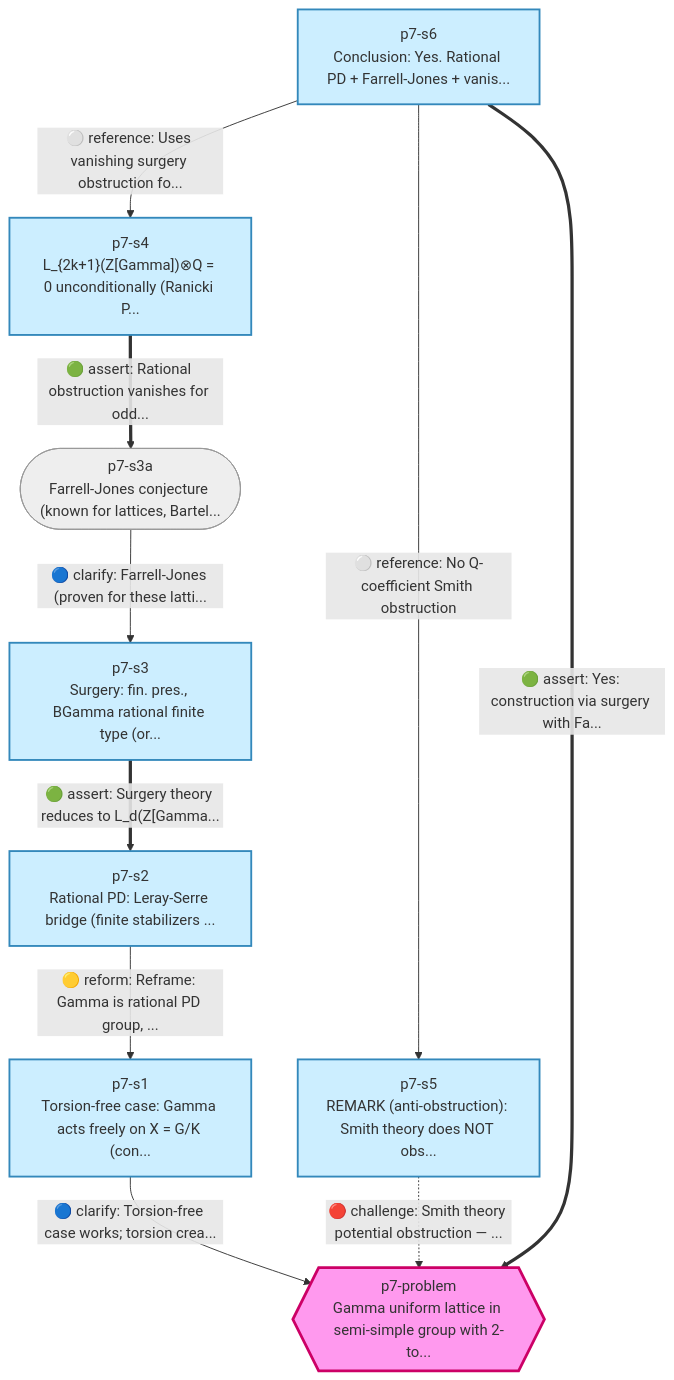
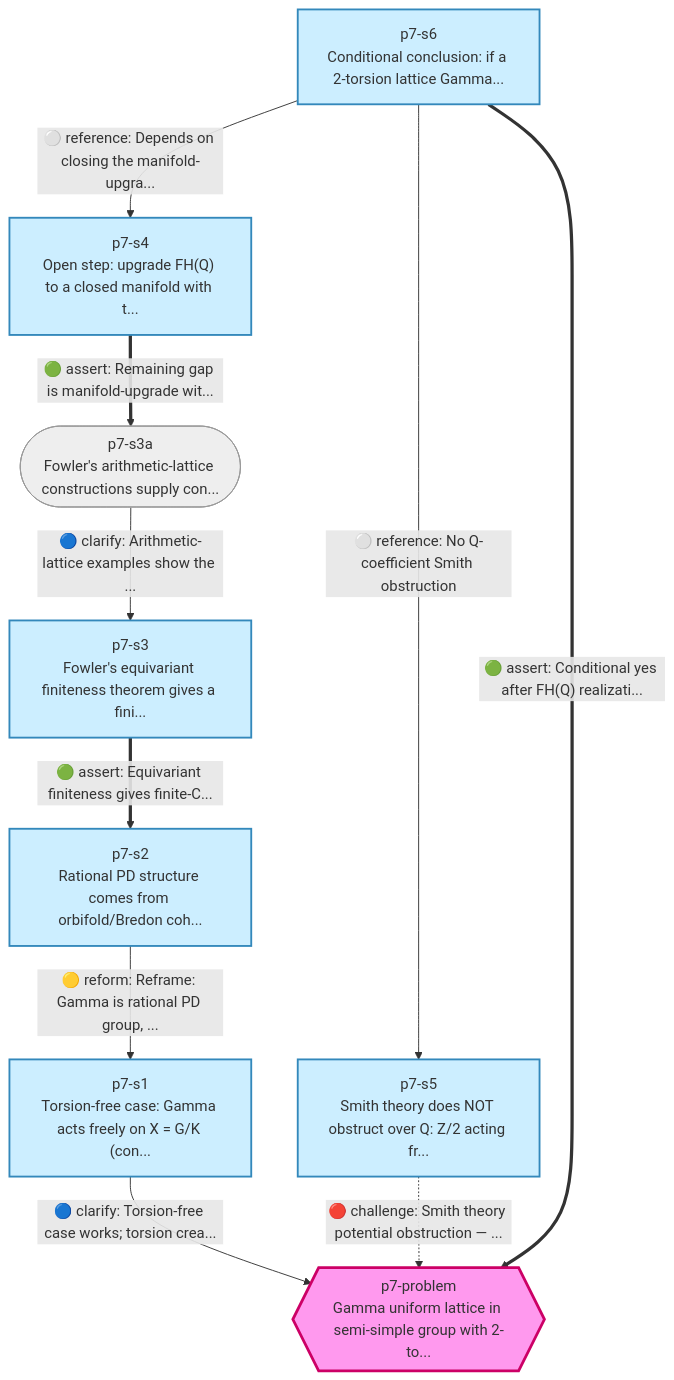
The diagram in data/first-proof/problem7-v2.mmd (tothedarktowercame/futon6), drawn with Mermaid before and after one commit. The commit also changed 5 other files, not shown here.

Commit message:
P7: tighten to conditional FH(Q)-to-manifold framing and sync tooling

```diff
--- a/data/first-proof/problem7-v2.mmd
+++ b/data/first-proof/problem7-v2.mmd
@@ -1,40 +1,35 @@
 flowchart TD
-    %% first-proof-p7 v2 — post-reviewer fixes
-    %% Changes from v1: p7-s2 now includes Leray-Serre bridge theorem
-    %% (Bredon PD → group cohomology PD via rationalization of finite stabilizers),
-    %% p7-s3 (Thom-Pontryagin for normal map, orbifold CW structure),
-    %% p7-s4 (unconditional odd-dim vanishing L_{odd}⊗Q=0, no AHSS needed),
-    %% p7-s5 (remark label). No structural changes.
+    %% first-proof-p7
 
     %% Edge type legend:
     %% assert=solid thick  challenge=dashed red  reform=solid yellow
     %% clarify=solid blue  exemplify=dashed purple  reference=solid gray
 
     %% Nodes
     p7-problem{{"p7-problem<br/>Gamma uniform lattice in semi-simple group with 2-to..."}}
     p7-s1["p7-s1<br/>Torsion-free case: Gamma acts freely on X = G/K (con..."]
-    p7-s2["p7-s2<br/>Rational PD: Leray-Serre bridge (finite stabilizers ..."]
-    p7-s3["p7-s3<br/>Surgery: fin. pres., BGamma rational finite type (or..."]
-    p7-s3a(["p7-s3a<br/>Farrell-Jones conjecture (known for lattices, Bartel..."])
-    p7-s4["p7-s4<br/>L_{2k+1}(Z[Gamma])⊗Q = 0 unconditionally (Ranicki P..."]
-    p7-s5["p7-s5<br/>REMARK (anti-obstruction): Smith theory does NOT obs..."]
-    p7-s6["p7-s6<br/>Conclusion: Yes. Rational PD + Farrell-Jones + vanis..."]
+    p7-s2["p7-s2<br/>Rational PD structure comes from orbifold/Bredon coh..."]
+    p7-s3["p7-s3<br/>Fowler's equivariant finiteness theorem gives a fini..."]
+    p7-s3a(["p7-s3a<br/>Fowler's arithmetic-lattice constructions supply con..."])
+    p7-s4["p7-s4<br/>Open step: upgrade FH(Q) to a closed manifold with t..."]
+    p7-s5["p7-s5<br/>Smith theory does NOT obstruct over Q: Z/2 acting fr..."]
+    p7-s6["p7-s6<br/>Conditional conclusion: if a 2-torsion lattice Gamma..."]
 
     %% Edges
     p7-s1 -->|"🔵 clarify: Torsion-free case works; torsion crea..."| p7-problem
     p7-s2 -->|"🟡 reform: Reframe: Gamma is rational PD group, ..."| p7-s1
-    p7-s3 ==>|"🟢 assert: Surgery theory reduces to L_d(Z[Gamma..."| p7-s2
-    p7-s3a -->|"🔵 clarify: Farrell-Jones (proven for these latti..."| p7-s3
-    p7-s4 ==>|"🟢 assert: Rational obstruction vanishes for odd..."| p7-s3a
+    p7-s3 ==>|"🟢 assert: Equivariant finiteness gives finite-C..."| p7-s2
+    p7-s3a -->|"🔵 clarify: Arithmetic-lattice examples show the ..."| p7-s3
+    p7-s4 ==>|"🟢 assert: Remaining gap is manifold-upgrade wit..."| p7-s3a
     p7-s5 -.->|"🔴 challenge: Smith theory potential obstruction — ..."| p7-problem
-    p7-s6 ==>|"🟢 assert: Yes: construction via surgery with Fa..."| p7-problem
-    p7-s6 -->|"⚪ reference: Uses vanishing surgery obstruction fo..."| p7-s4
+    p7-s6 ==>|"🟢 assert: Conditional yes after FH(Q) realizati..."| p7-problem
+    p7-s6 -->|"⚪ reference: Depends on closing the manifold-upgra..."| p7-s4
     p7-s6 -->|"⚪ reference: No Q-coefficient Smith obstruction"| p7-s5
 
     %% Styling
     classDef question fill:#f9e,stroke:#c06,stroke-width:3px
     class p7-problem question
     classDef answer fill:#cef,stroke:#38b,stroke-width:2px
     class p7-s1,p7-s2,p7-s3,p7-s4,p7-s5,p7-s6 answer
     classDef comment fill:#eee,stroke:#999,stroke-width:1px
     class p7-s3a comment
```
